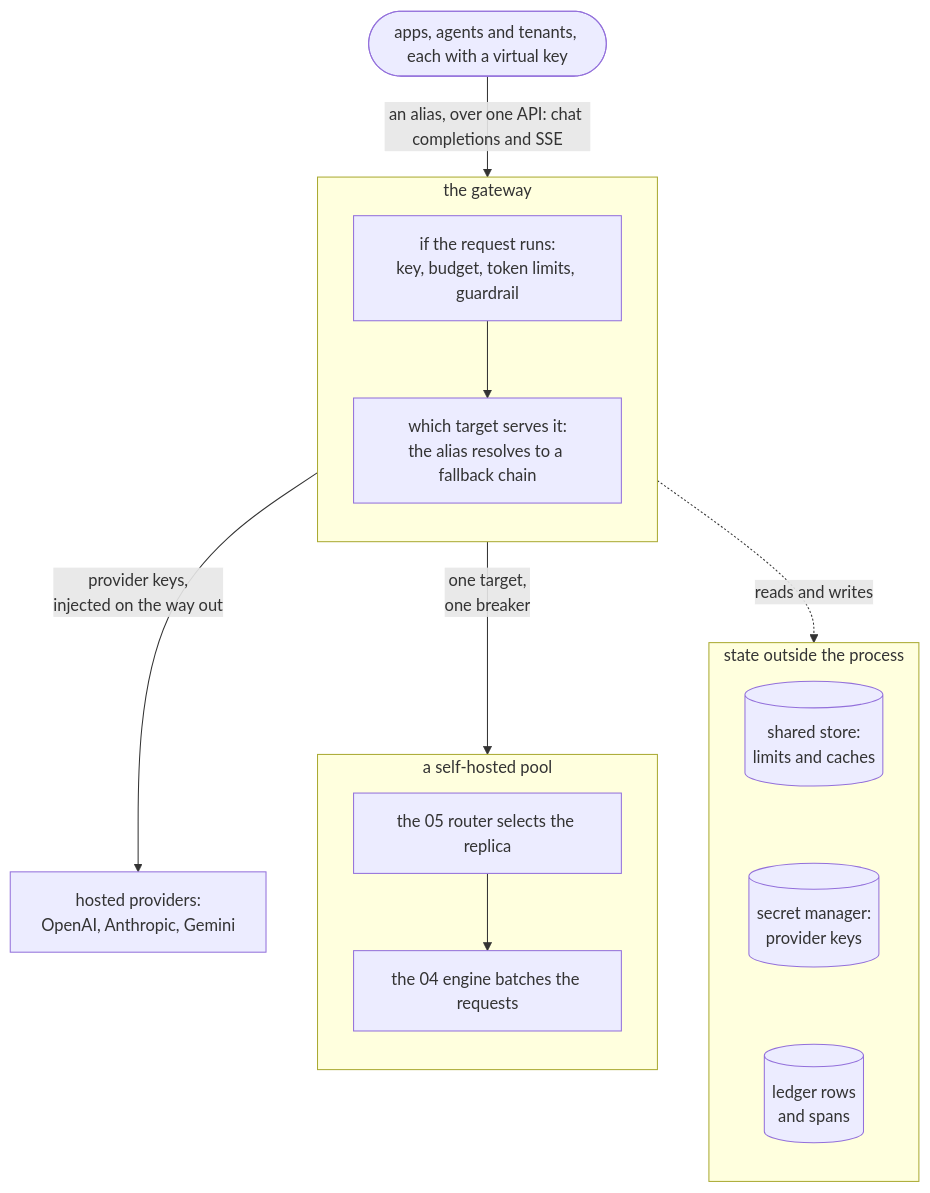
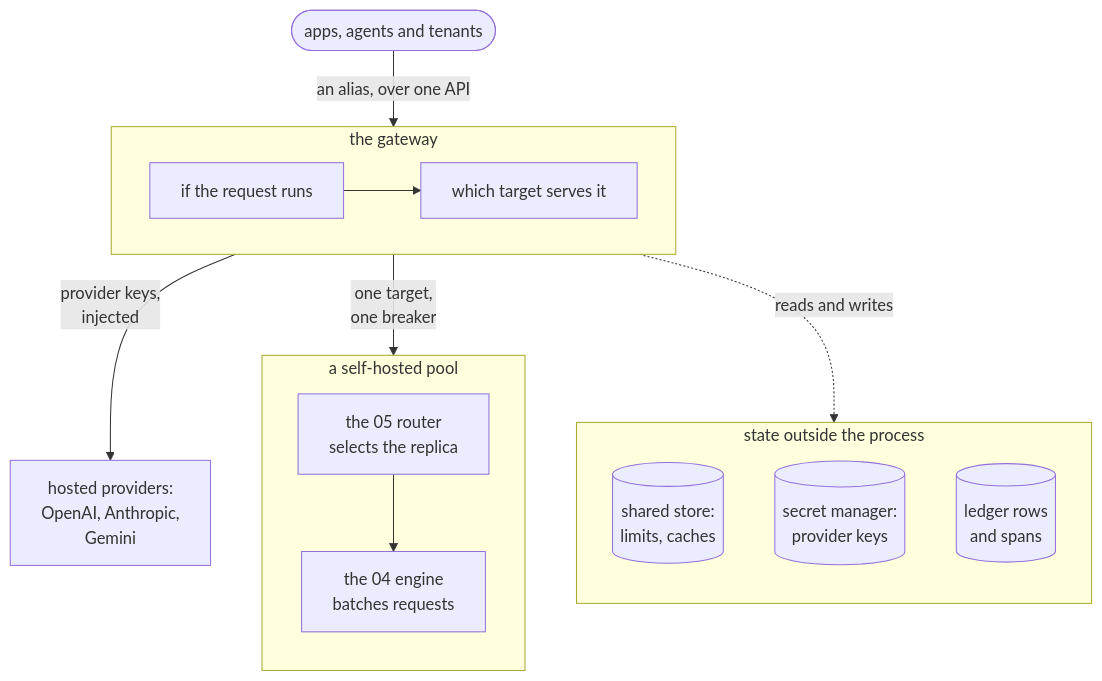
One commit to aniryou/full-stack-agentic-engineer changed the first of 9 diagrams in 06-gateway/llm-gateway/PRIMER.md. Above: the diagram before and after it, drawn with Mermaid. The commit also changed other lines of this file and 105 other files, not shown here.

````diff
--- a/06-gateway/llm-gateway/PRIMER.md
+++ b/06-gateway/llm-gateway/PRIMER.md
@@ -49,19 +49,21 @@
 ```mermaid
 flowchart TB
-    APPS(["apps, agents and tenants, each with a virtual key"]) -- "an alias, over one API: chat completions and SSE" --> GW
+    APPS(["apps, agents and tenants"]) -- "an alias, over one API" --> GW
     subgraph GW["the gateway"]
-        direction TB
-        IF["if the request runs:<br/>key, budget, token limits, guardrail"] --> WHICH["which target serves it:<br/>the alias resolves to a fallback chain"]
+        direction LR
+        IF["if the request runs"] --> WHICH["which target serves it"]
     end
-    GW -- "provider keys,<br/>injected on the way out" --> HOSTED["hosted providers:<br/>OpenAI, Anthropic, Gemini"]
+    GW -- "provider keys,<br/>injected" --> HOSTED["hosted providers:<br/>OpenAI, Anthropic,<br/>Gemini"]
     GW -- "one target,<br/>one breaker" --> POOL
     subgraph POOL["a self-hosted pool"]
         direction TB
-        RTR["the 05 router selects the replica"] --> ENG["the 04 engine batches the requests"]
+        RTR["the 05 router<br/>selects the replica"] --> ENG["the 04 engine<br/>batches requests"]
     end
     GW -. "reads and writes" .-> STATE
     subgraph STATE["state outside the process"]
         direction TB
-        STORE[("shared store:<br/>limits and caches")] ~~~ SECRETS[("secret manager:<br/>provider keys")] ~~~ LEDGER[("ledger rows<br/>and spans")]
+        STORE[("shared store:<br/>limits, caches")]
+        SECRETS[("secret manager:<br/>provider keys")]
+        LEDGER[("ledger rows<br/>and spans")]
     end
 ```
````
